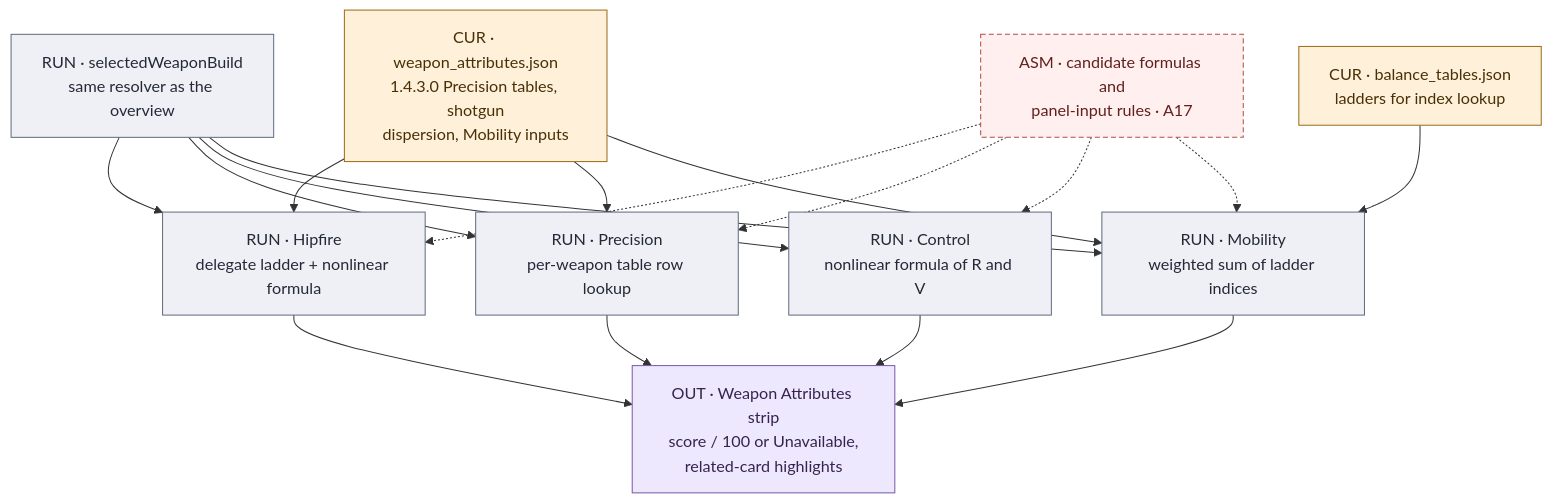
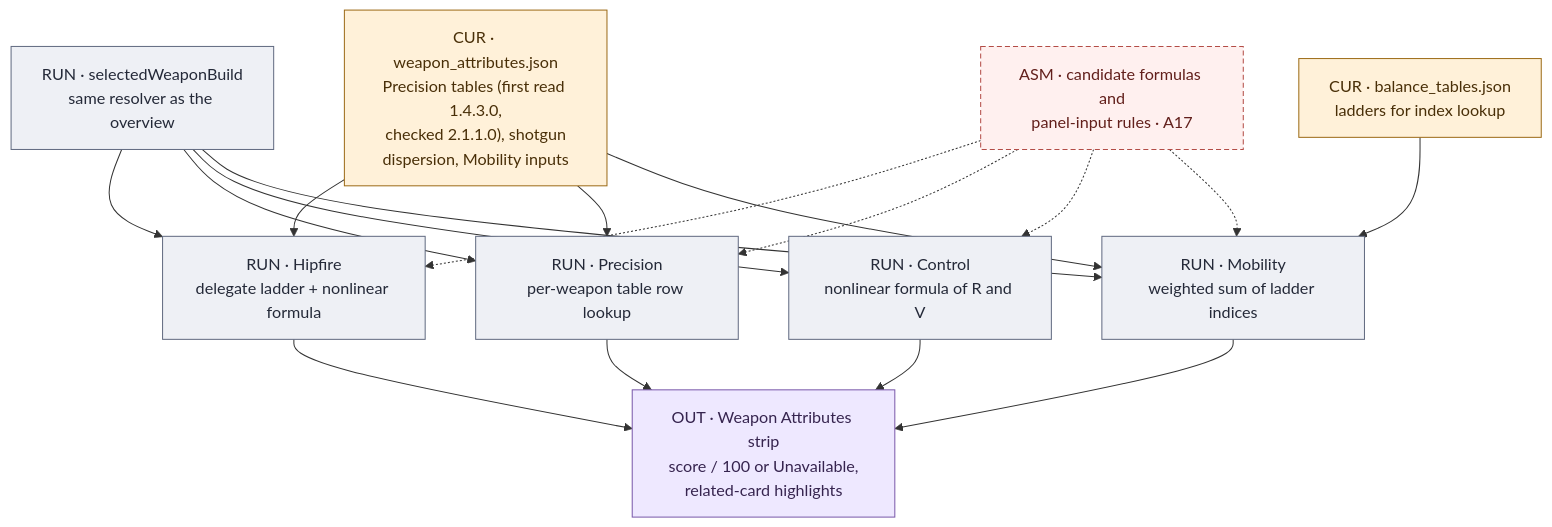
One commit to raymdl/BF6-Weapon-Analyzer changed the fifth of 6 diagrams in docs/data-flow/LOADOUTS.md. Above: the diagram before and after it, drawn with Mermaid. The commit also changed other lines of this file and 14 other files, not shown here.

First line of the commit message:
Docs and Atlas 30 Oct: guides and atlas follow the sidebar, dialog, control, chart, touch and build-label changes

````diff
--- a/docs/data-flow/LOADOUTS.md
+++ b/docs/data-flow/LOADOUTS.md
@@ -221,32 +227,32 @@
 ```mermaid
 flowchart TB
     B["RUN · selectedWeaponBuild<br/>same resolver as the overview"]:::run
-    WA["CUR · weapon_attributes.json<br/>1.4.3.0 Precision tables, shotgun<br/>dispersion, Mobility inputs"]:::cur
+    WA["CUR · weapon_attributes.json<br/>Precision tables (first read 1.4.3.0,<br/>checked 2.1.1.0), shotgun<br/>dispersion, Mobility inputs"]:::cur
     T["CUR · balance_tables.json<br/>ladders for index lookup"]:::cur
     H["RUN · Hipfire<br/>delegate ladder + nonlinear formula"]:::run
     P["RUN · Precision<br/>per-weapon table row lookup"]:::run
     C["RUN · Control<br/>nonlinear formula of R and V"]:::run
     M["RUN · Mobility<br/>weighted sum of ladder indices"]:::run
     O["OUT · Weapon Attributes strip<br/>score / 100 or Unavailable,<br/>related-card highlights"]:::out
     A["ASM · candidate formulas and<br/>panel-input rules · A17"]:::asm
     B --> H
     B --> P
     B --> C
     B --> M
     WA --> H
     WA --> P
     WA --> M
     T --> M
     H --> O
     P --> O
     C --> O
     M --> O
     A -.-> H
     A -.-> P
     A -.-> C
     A -.-> M
     classDef cur fill:#fff1d9,stroke:#9c6b17,color:#492f08
     classDef run fill:#eef0f5,stroke:#616a80,color:#242938
     classDef asm fill:#fff0ef,stroke:#b34c46,color:#621f1b,stroke-dasharray:5 3
     classDef out fill:#eee8ff,stroke:#7958aa,color:#36244f
 ```
````
